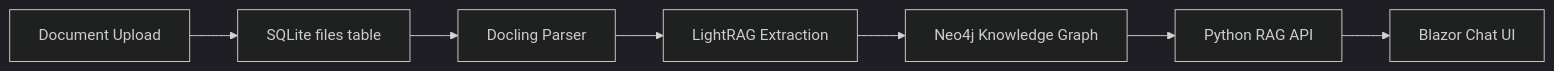
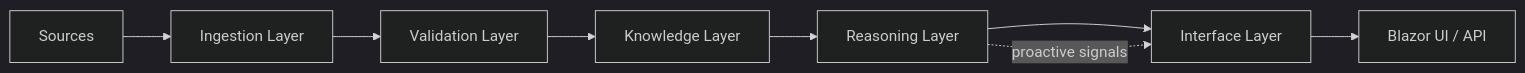
The diagram in roadmap/Architecture.md (eric-vanartsdalen/AspireAI), drawn with Mermaid (dark theme) before and after one commit. The commit also changed other lines of this file and 51 other files, not shown here.

````diff
--- a/roadmap/Architecture.md
+++ b/roadmap/Architecture.md
@@ -13,9 +23,10 @@
 ```mermaid
 flowchart LR
-    A[Document Upload] --> B[SQLite files table]
-    B --> C[Docling Parser]
-    C --> D[LightRAG Extraction]
-    D --> E[Neo4j Knowledge Graph]
-    E --> F[Python RAG API]
-    F --> G[Blazor Chat UI]
+    A[Sources] --> B[Ingestion Layer]
+    B --> C[Validation Layer]
+    C --> D[Knowledge Layer]
+    D --> E[Reasoning Layer]
+    E --> F[Interface Layer]
+    F --> G[Blazor UI / API]
+    E -.->|proactive signals| F
 ```
````
